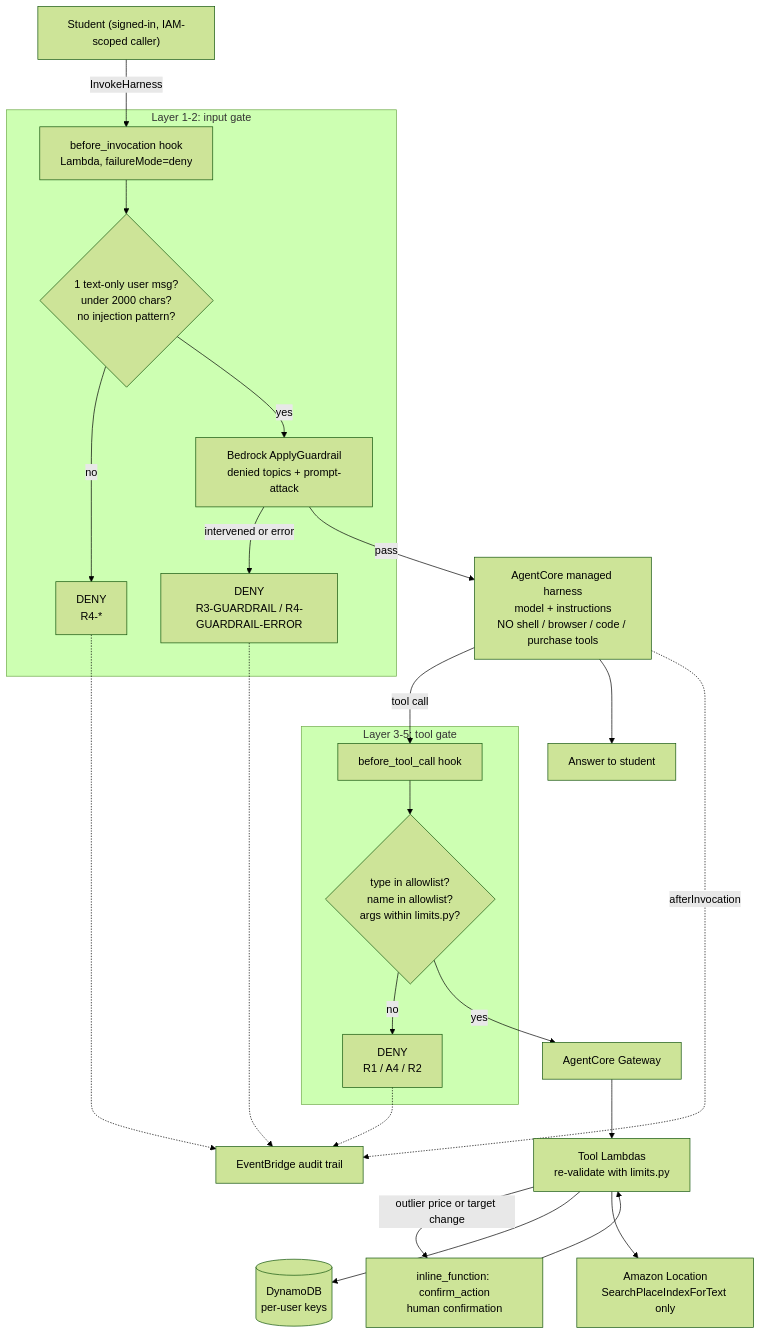
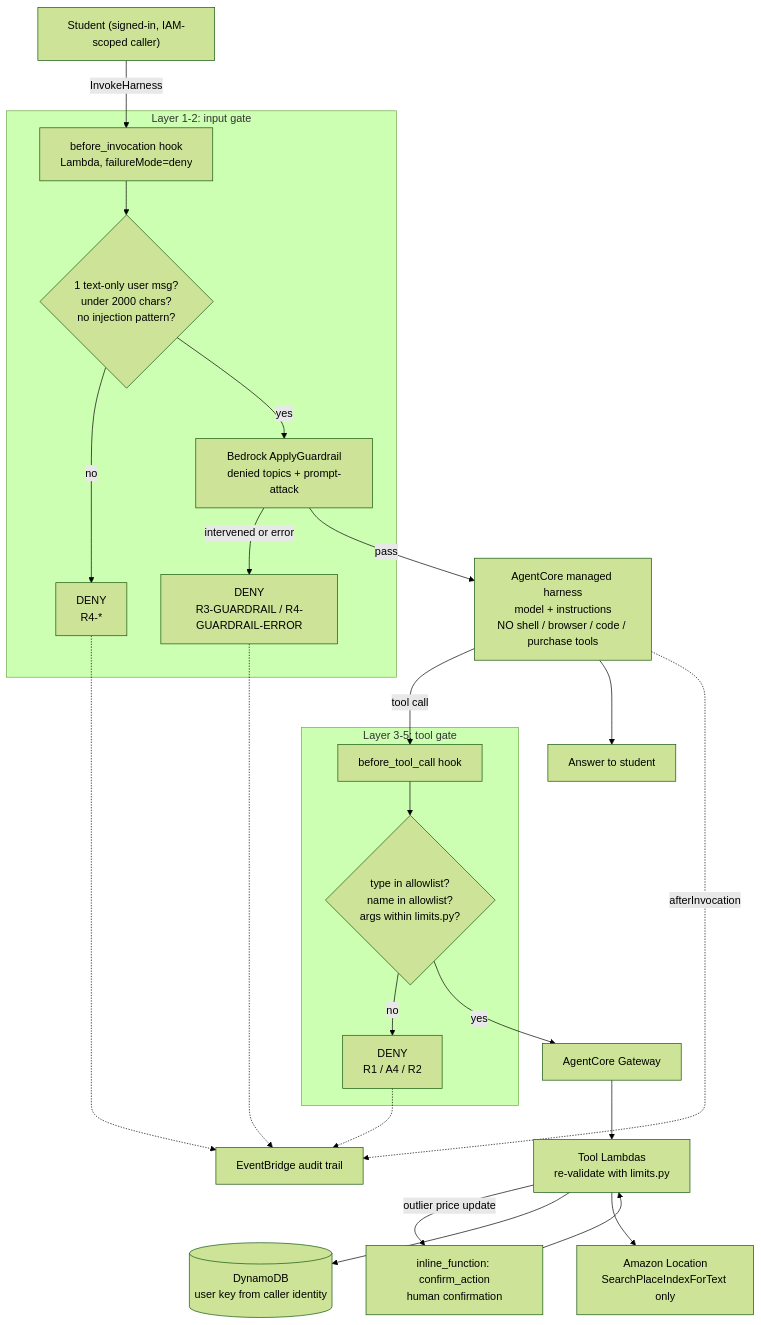
One commit to hjcanzures/Mars-AI changed the first of 2 diagrams in docs/ARCHITECTURE.md. Above: the diagram before and after it, drawn with Mermaid (forest theme). The commit also changed other lines of this file and 4 other files, not shown here.

````diff
--- a/docs/ARCHITECTURE.md
+++ b/docs/ARCHITECTURE.md
@@ -7,35 +7,35 @@
 ```mermaid
 flowchart TD
     U["Student (signed-in, IAM-scoped caller)"] -->|InvokeHarness| H1
 
     subgraph GATE1["Layer 1-2: input gate"]
         H1["before_invocation hook<br/>Lambda, failureMode=deny"]
         H1 --> C1{"1 text-only user msg?<br/>under 2000 chars?<br/>no injection pattern?"}
         C1 -->|no| D1["DENY<br/>R4-*"]
         C1 -->|yes| GR["Bedrock ApplyGuardrail<br/>denied topics + prompt-attack"]
         GR -->|intervened or error| D2["DENY<br/>R3-GUARDRAIL / R4-GUARDRAIL-ERROR"]
     end
 
     GR -->|pass| AG["AgentCore managed harness<br/>model + instructions<br/>NO shell / browser / code / purchase tools"]
 
     AG -->|tool call| H2
 
     subgraph GATE2["Layer 3-5: tool gate"]
         H2["before_tool_call hook"]
         H2 --> C2{"type in allowlist?<br/>name in allowlist?<br/>args within limits.py?"}
         C2 -->|no| D3["DENY<br/>R1 / A4 / R2"]
     end
 
     C2 -->|yes| GW["AgentCore Gateway"]
     GW --> L["Tool Lambdas<br/>re-validate with limits.py"]
-    L -->|outlier price or target change| CF["inline_function: confirm_action<br/>human confirmation"]
+    L -->|outlier price update| CF["inline_function: confirm_action<br/>human confirmation"]
     CF --> L
-    L --> DDB[("DynamoDB<br/>per-user keys")]
+    L --> DDB[("DynamoDB<br/>user key from caller identity")]
     L --> LOC["Amazon Location<br/>SearchPlaceIndexForText only"]
 
     AG --> OUT["Answer to student"]
     AG -. afterInvocation .-> EB["EventBridge audit trail"]
     D1 -.-> EB
     D2 -.-> EB
     D3 -.-> EB
 ```
````
